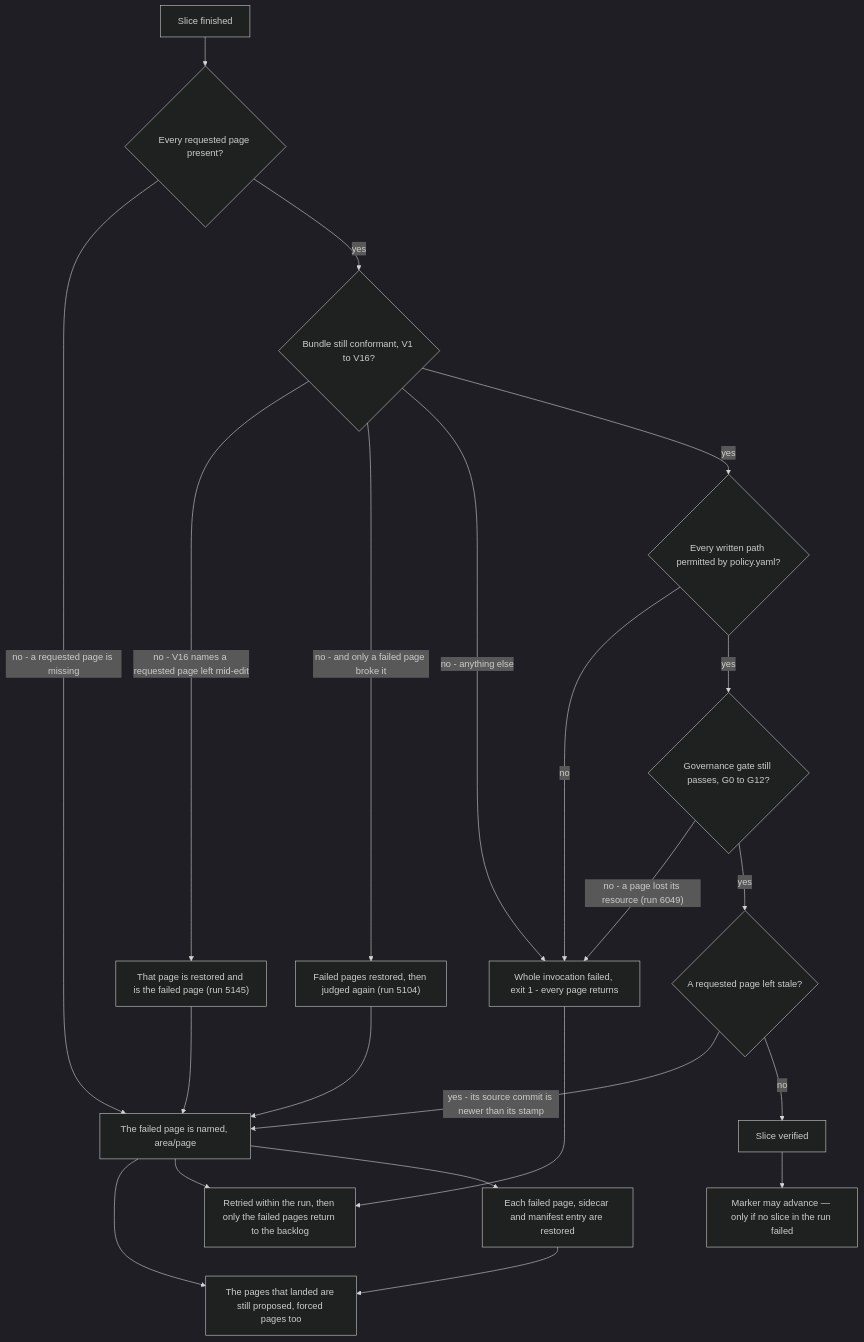
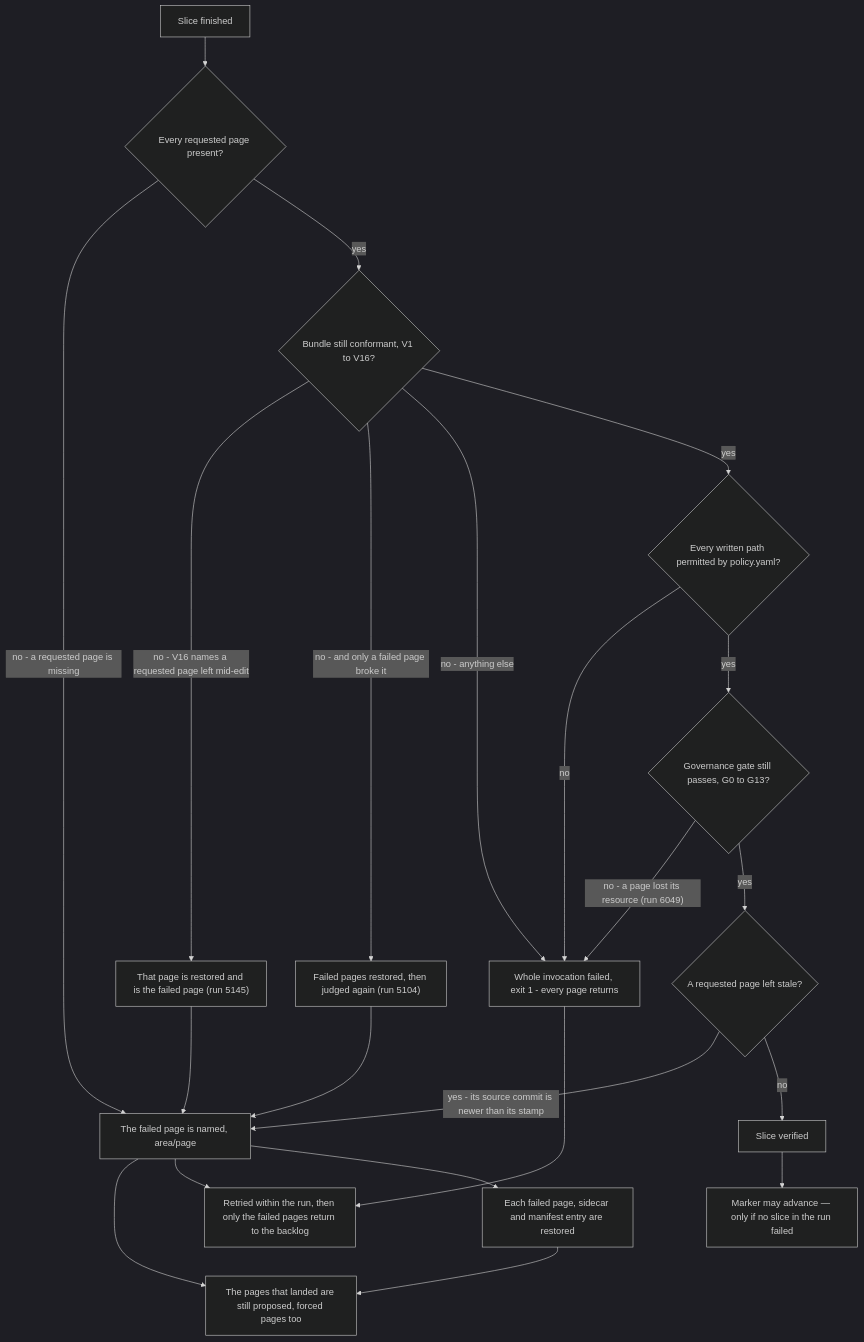
The second of 3 diagrams in openwiki/runbooks/wiki-maintenance.md (jumbleknot/MovieCollectionManager), drawn with Mermaid (dark theme) before and after one commit. The commit also changed other lines of this file and 55 other files, not shown here.

````diff
--- a/openwiki/runbooks/wiki-maintenance.md
+++ b/openwiki/runbooks/wiki-maintenance.md
@@ -379,24 +379,24 @@
 ```mermaid
 flowchart TD
     A["Slice finished"] --> B{"Every requested page present?"}
     B -->|"no - a requested page is missing"| P["The failed page is named, area/page"]
     B -->|yes| C{"Bundle still conformant, V1 to V16?"}
     C -->|"no - V16 names a requested page left mid-edit"| Q["That page is restored and is the failed page (run 5145)"]
     Q --> P
     C -->|"no - and only a failed page broke it"| N["Failed pages restored, then judged again (run 5104)"]
     N --> P
     C -->|"no - anything else"| F["Whole invocation failed, exit 1 - every page returns"]
     C -->|yes| D{"Every written path permitted by policy.yaml?"}
     D -->|no| F
-    D -->|yes| M{"Governance gate still passes, G0 to G12?"}
+    D -->|yes| M{"Governance gate still passes, G0 to G13?"}
     M -->|"no - a page lost its resource (run 6049)"| F
     M -->|yes| E{"A requested page left stale?"}
     E -->|"yes - its source commit is newer than its stamp"| P
     E -->|no| G["Slice verified"]
     P --> K["The pages that landed are still proposed, forced pages too"]
     P --> H["Retried within the run, then only the failed pages return to the backlog"]
     P --> R["Each failed page, sidecar and manifest entry are restored"]
     R --> K
     F --> H
     G --> I["Marker may advance — only if no slice in the run failed"]
 ```
````
